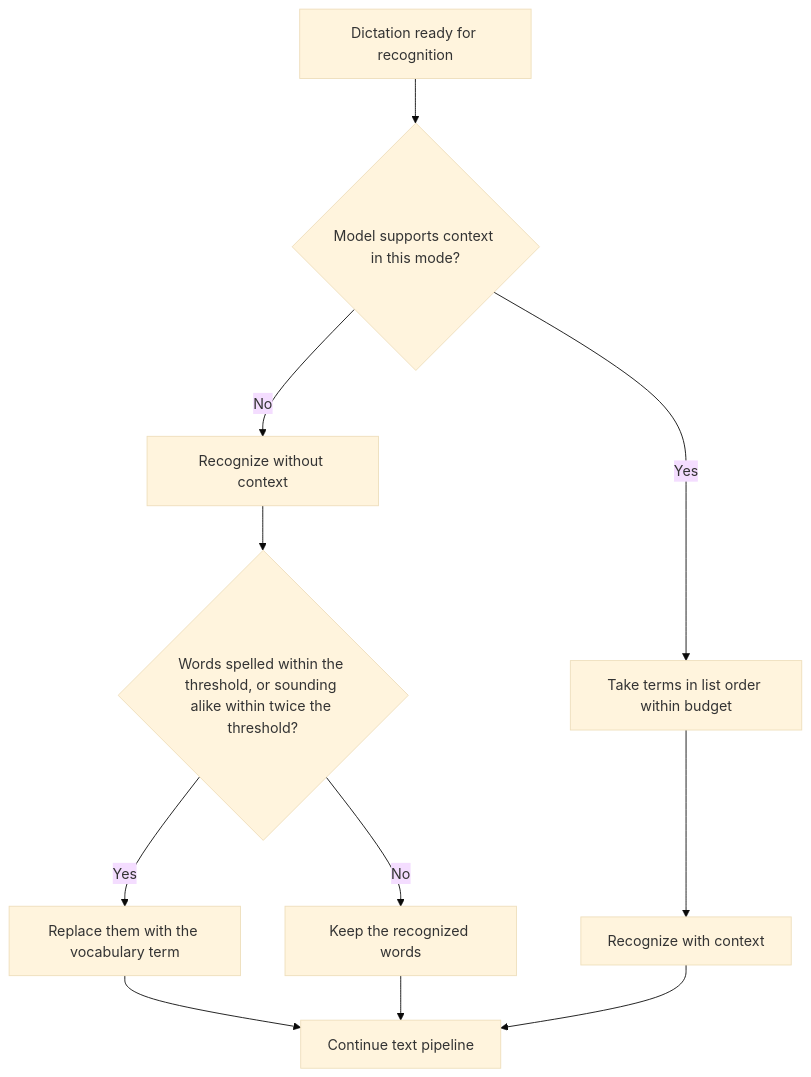
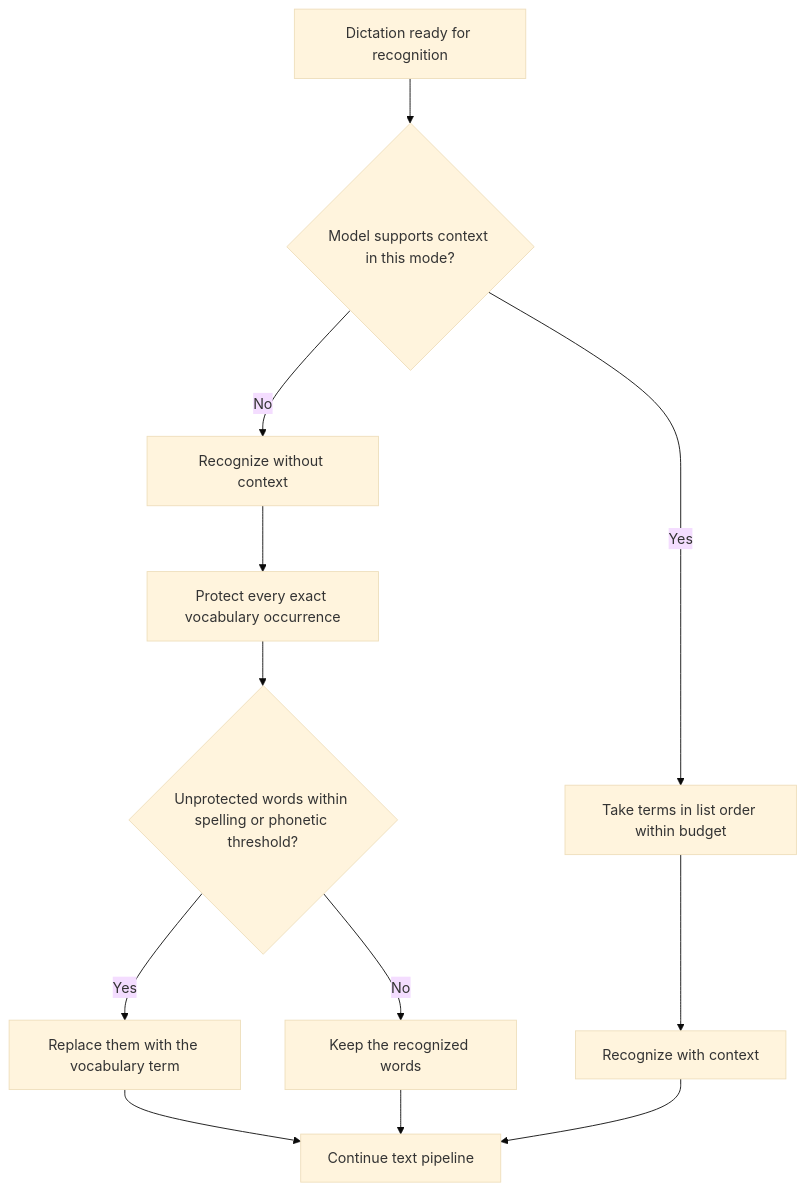
The third of 4 diagrams in .specs/features/003-recognition-vocabulary/spec.md (julien-m/handy), drawn with Mermaid (base theme) before and after one commit. The commit also changed other lines of this file and 9 other files, not shown here.

````diff
--- a/.specs/features/003-recognition-vocabulary/spec.md
+++ b/.specs/features/003-recognition-vocabulary/spec.md
@@ -142,13 +151,14 @@
 ```mermaid
 flowchart TD
   A[Dictation ready for recognition] --> B{Model supports context in this mode?}
   B -- No --> C[Recognize without context]
-  C --> D{Words spelled within the threshold, or sounding alike within twice the threshold?}
+  C --> P[Protect every exact vocabulary occurrence]
+  P --> D{Unprotected words within spelling or phonetic threshold?}
   D -- Yes --> D1[Replace them with the vocabulary term]
   D -- No --> D2[Keep the recognized words]
   B -- Yes --> E[Take terms in list order within budget]
   E --> F[Recognize with context]
   D1 --> G[Continue text pipeline]
   D2 --> G
   F --> G
 ```
````
